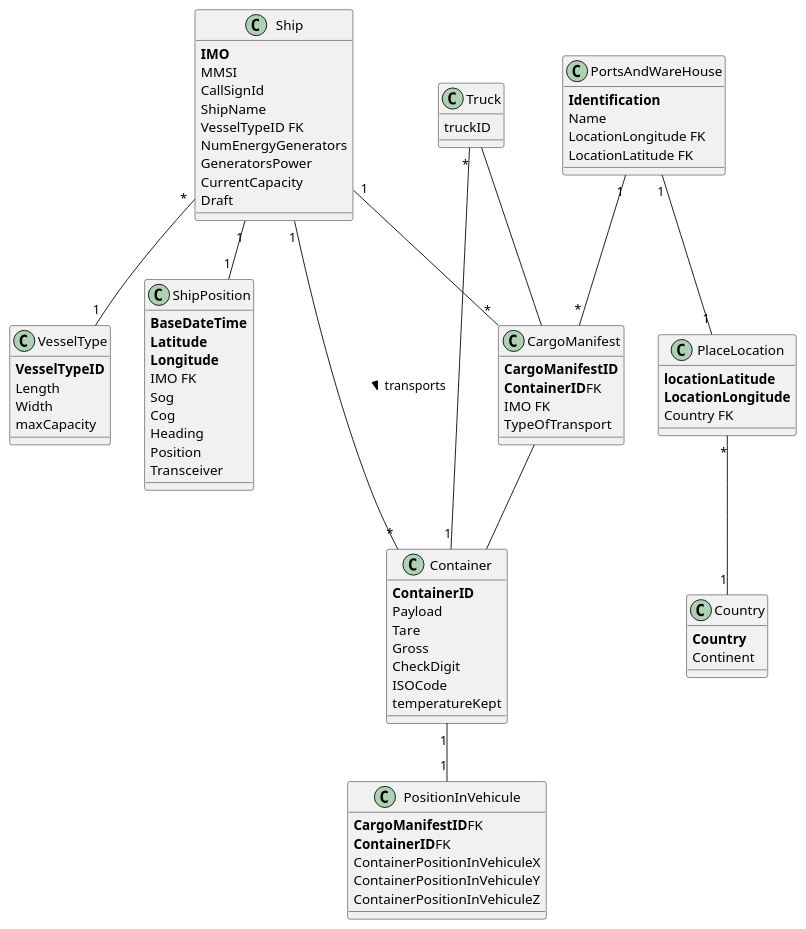
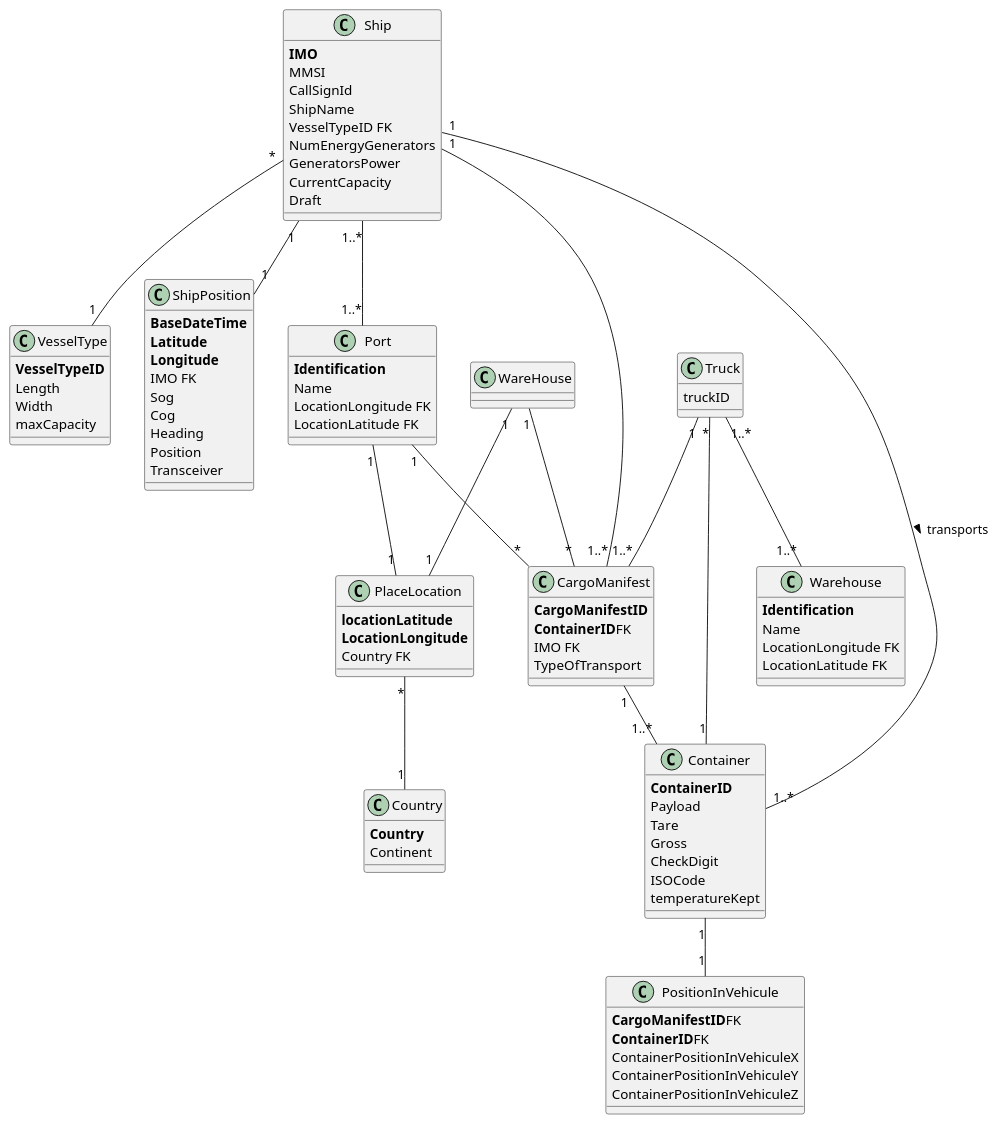
One commit to ana-albergaria/LAPR3-ISEP changed the diagram in docs/Data_Model.puml. Above: the diagram before and after it, drawn with PlantUML. The commit also changed 1 other file, not shown here.

```diff
--- a/docs/Data_Model.puml
+++ b/docs/Data_Model.puml
@@ -1,102 +1,114 @@
 @startuml
 'https://plantuml.com/class-diagram
 
 /'class Company{
 
 }'/
 
 class Ship{
     **IMO**
     MMSI
     CallSignId
     ShipName
     VesselTypeID FK
     NumEnergyGenerators
     GeneratorsPower
     CurrentCapacity
     Draft
 }
 
 class VesselType{
     **VesselTypeID**
     Length
     Width
     maxCapacity
 }
 
 class ShipPosition{
     **BaseDateTime**
     **Latitude**
     **Longitude**
     IMO FK
     Sog
     Cog
     Heading
     Position
     Transceiver
 }
 
 class Container{
     **ContainerID**
     Payload
     Tare
     Gross
     CheckDigit
     ISOCode
     temperatureKept
 }
 /'refrigeration state is ambigous'/
 
 /'manifest type(loading, unloading) changes its values'/
 class CargoManifest{
     **CargoManifestID**
     **ContainerID**FK
     IMO FK
     TypeOfTransport
 }
 
 class PositionInVehicule{
     **CargoManifestID**FK
     **ContainerID**FK
     ContainerPositionInVehiculeX
     ContainerPositionInVehiculeY
     ContainerPositionInVehiculeZ
 }
 
-class PortsAndWareHouse{
+class Port {
+    **Identification**
+    Name
+    LocationLongitude FK
+    LocationLatitude FK
+}
+
+class Warehouse {
     **Identification**
     Name
     LocationLongitude FK
     LocationLatitude FK
 }
 
 class Country{
     **Country**
     Continent
 }
 
 class PlaceLocation{
     **locationLatitude**
     **LocationLongitude**
     Country FK
 }
 
 
 class Truck{
     truckID
 }
 
 
-Ship "1" -- "*" Container : transports >
+Ship "1" -- "1..*" Container : transports >
 Container "1" -- "1" PositionInVehicule
 Ship "1" -- "1" ShipPosition
 Ship "*" -- "1" VesselType
-Ship "1" -- "*" CargoManifest
-CargoManifest  -- Container
-Truck -- CargoManifest
+Ship "1" -- "1..*" CargoManifest
+CargoManifest "1" -- "1..*" Container
+Truck "1" -- "1..*" CargoManifest
 Truck "*" -- "1" Container
-PortsAndWareHouse "1" -- "1" PlaceLocation
+Port "1" -- "1" PlaceLocation
+WareHouse "1" -- "1" PlaceLocation
 PlaceLocation "*" -- "1" Country
-PortsAndWareHouse "1" -- "*" CargoManifest
+Port "1" -- "*" CargoManifest
+WareHouse "1" -- "*" CargoManifest
+/'Relacoes N para N, falta relacao'/
+Truck "1..*" -- "1..*" Warehouse
+Ship "1..*" -- "1..*" Port
 
 @enduml
```
